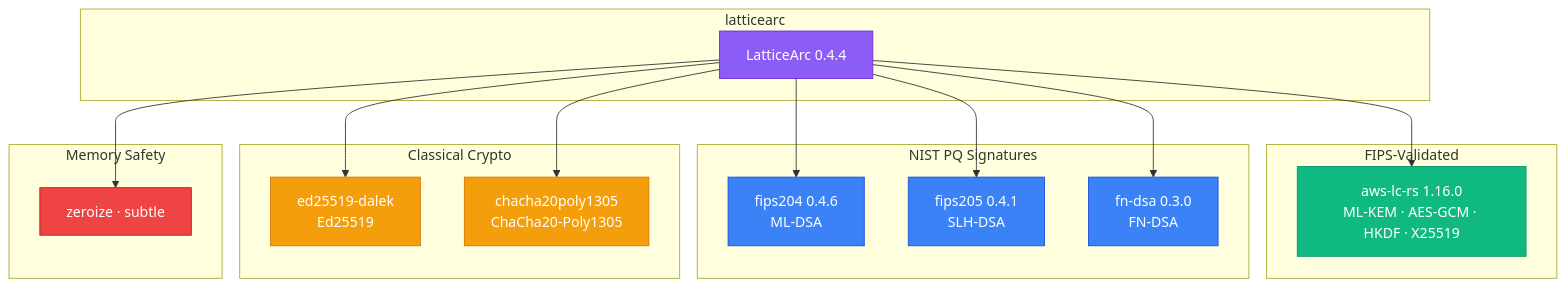
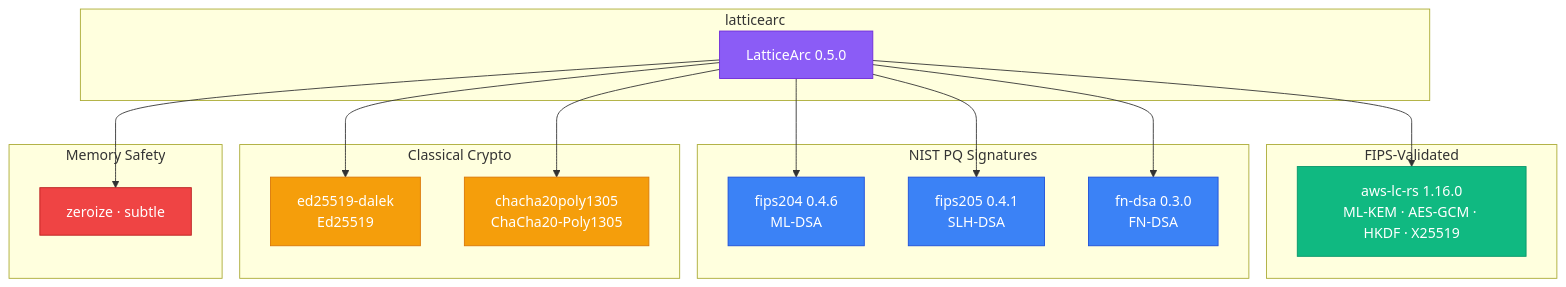
The diagram in docs/DEPENDENCY_JUSTIFICATION.md (LatticeArc/latticearc), drawn with Mermaid before and after one commit. The commit also changed other lines of this file and 353 other files, not shown here.

````diff
--- a/docs/DEPENDENCY_JUSTIFICATION.md
+++ b/docs/DEPENDENCY_JUSTIFICATION.md
@@ -12,45 +12,45 @@
 ```mermaid
 flowchart TB
     subgraph "latticearc"
-        LA[LatticeArc 0.4.4]
+        LA[LatticeArc 0.5.0]
     end
 
     subgraph "FIPS-Validated"
         AWSLC["aws-lc-rs 1.16.0\nML-KEM · AES-GCM · HKDF · X25519"]
     end
 
     subgraph "NIST PQ Signatures"
         F204["fips204 0.4.6\nML-DSA"]
         F205["fips205 0.4.1\nSLH-DSA"]
         FNDSA["fn-dsa 0.3.0\nFN-DSA"]
     end
 
     subgraph "Classical Crypto"
         DALEK["ed25519-dalek\nEd25519"]
         CHA["chacha20poly1305\nChaCha20-Poly1305"]
     end
 
     subgraph "Memory Safety"
         ZERO["zeroize · subtle"]
     end
 
     LA --> AWSLC
     LA --> F204
     LA --> F205
     LA --> FNDSA
     LA --> DALEK
     LA --> CHA
     LA --> ZERO
 
     classDef main fill:#8b5cf6,stroke:#6d28d9,color:#fff
     classDef fips fill:#10b981,stroke:#059669,color:#fff
     classDef nist fill:#3b82f6,stroke:#1d4ed8,color:#fff
     classDef cl fill:#f59e0b,stroke:#d97706,color:#fff
     classDef safety fill:#ef4444,stroke:#b91c1c,color:#fff
 
     class LA main
     class AWSLC fips
     class F204,F205,FNDSA nist
     class DALEK,CHA cl
     class ZERO safety
 ```
````
